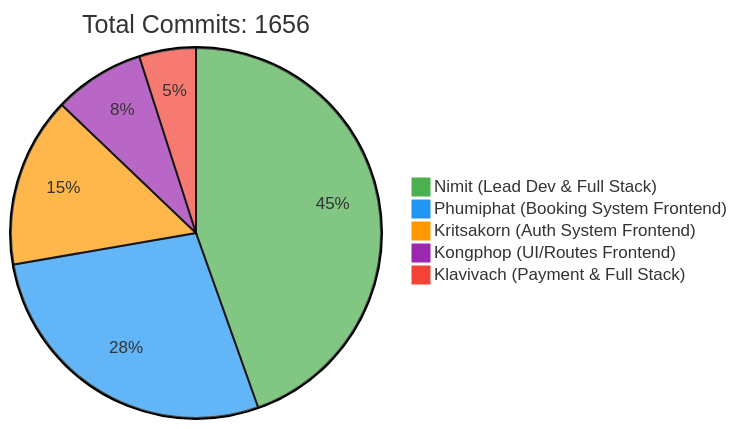
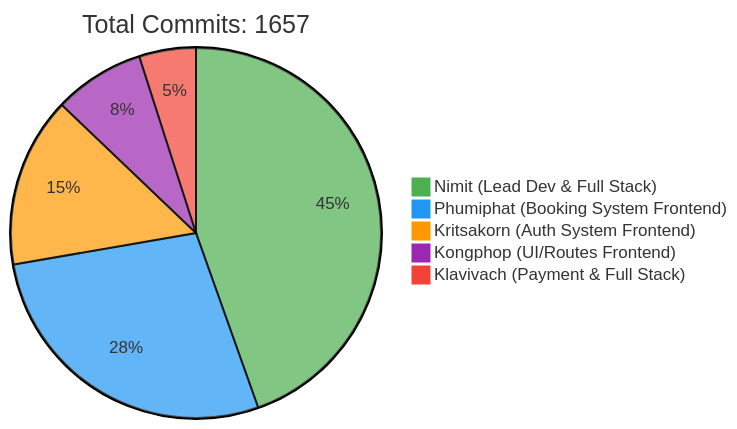
One commit to 6531503042/Sport-Complex changed the first of 2 diagrams in README.md. Above: the diagram before and after it, drawn with Mermaid. The commit also changed other lines of this file, not shown here.

Commit message:
docs: Update contributor statistics [skip ci]

````diff
--- a/README.md
+++ b/README.md
@@ -257,10 +257,10 @@
 ```mermaid
 %%{init: {'theme': 'base', 'themeVariables': { 'pie1': '#4CAF50', 'pie2': '#2196F3', 'pie3': '#FF9800', 'pie4': '#9C27B0', 'pie5': '#F44336'}}}%%
 pie
-    title Total Commits: 1656
+    title Total Commits: 1657
     "Nimit (Lead Dev & Full Stack)" : 450
     "Phumiphat (Booking System Frontend)" : 280
     "Kritsakorn (Auth System Frontend)" : 150
     "Kongphop (UI/Routes Frontend)" : 80
     "Klavivach (Payment & Full Stack)" : 50
 ```
````
